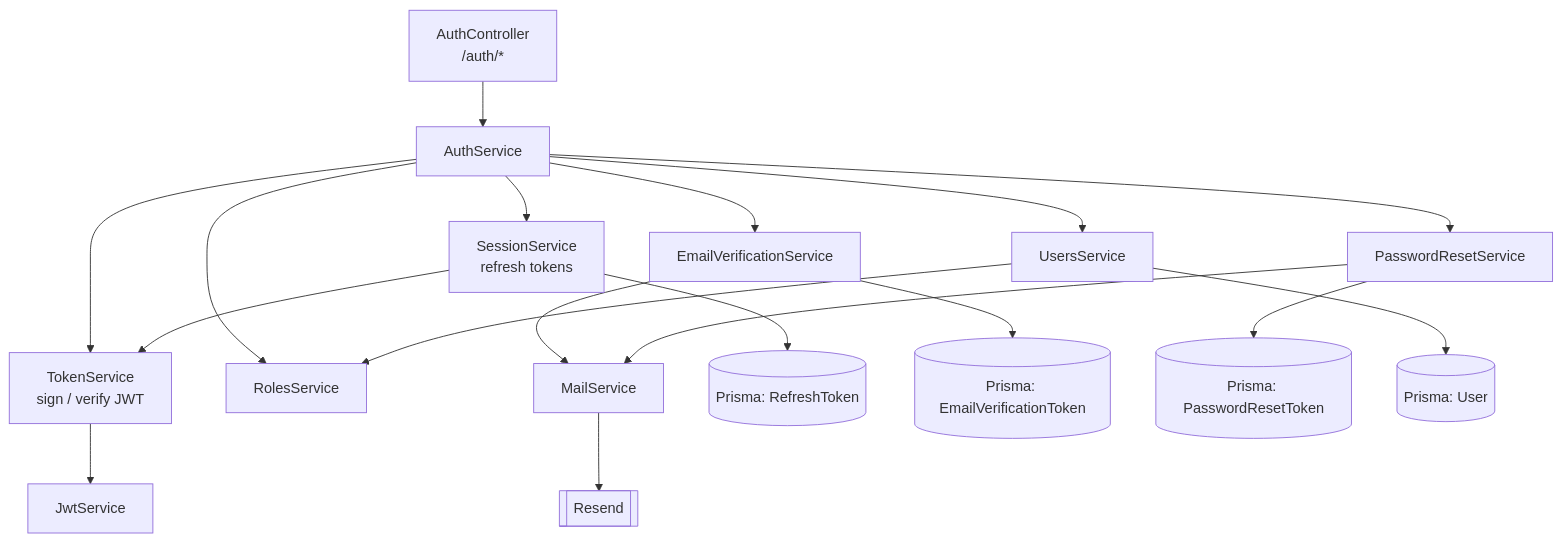
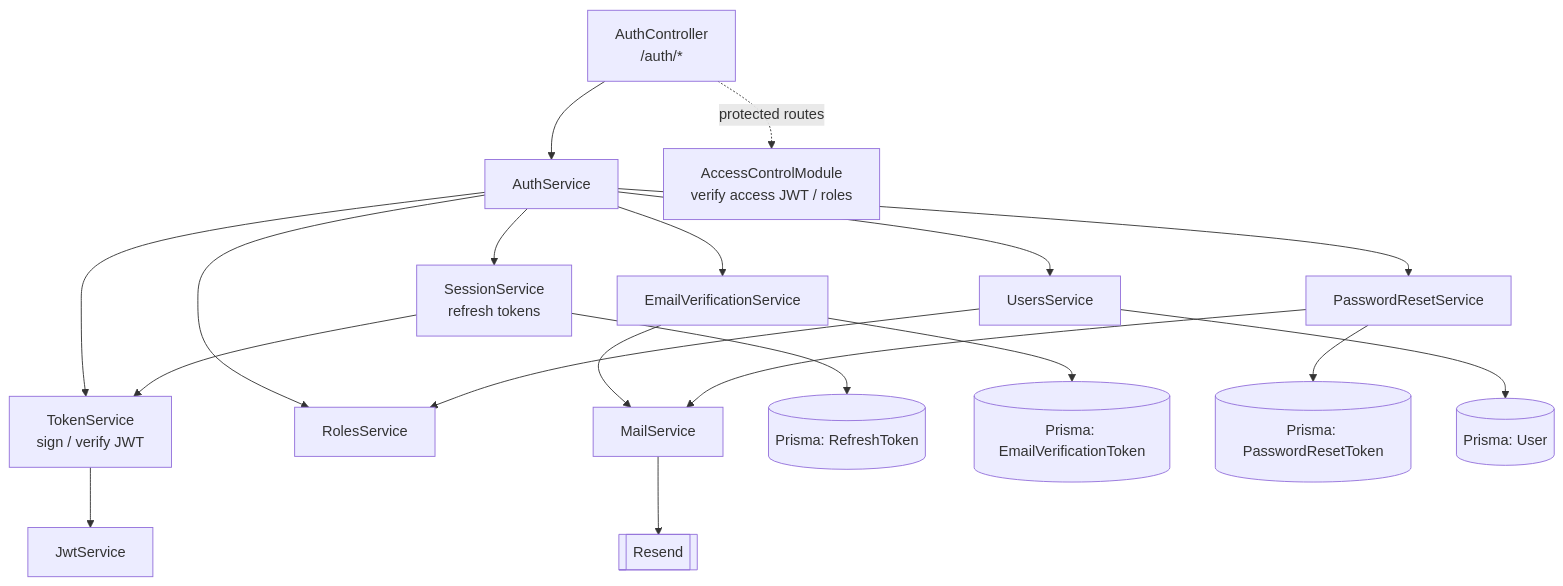
The third of 5 diagrams in backend/ARCHITECTURE.md (Kianibound/kia-blog), drawn with Mermaid before and after one commit. The commit also changed other lines of this file and 32 other files, not shown here.

First line of the commit message:
refactor: extract access control module

````diff
--- a/backend/ARCHITECTURE.md
+++ b/backend/ARCHITECTURE.md
@@ -140,24 +143,25 @@
 ```mermaid
 flowchart TB
     AC["AuthController<br/>/auth/*"] --> AS["AuthService"]
 
     AS --> US["UsersService"]
     AS --> TS["TokenService<br/>sign / verify JWT"]
+    AC -. protected routes .-> ACX["AccessControlModule<br/>verify access JWT / roles"]
     AS --> SS["SessionService<br/>refresh tokens"]
     AS --> EV["EmailVerificationService"]
     AS --> PR["PasswordResetService"]
     AS --> RS["RolesService"]
 
     SS --> TS
     EV --> MS["MailService"]
     PR --> MS
     MS --> Resend[["Resend"]]
 
     TS --> JWT["JwtService"]
     US --> RS
 
     SS --> P[("Prisma: RefreshToken")]
     EV --> P2[("Prisma: EmailVerificationToken")]
     PR --> P3[("Prisma: PasswordResetToken")]
     US --> P4[("Prisma: User")]
 ```
````
